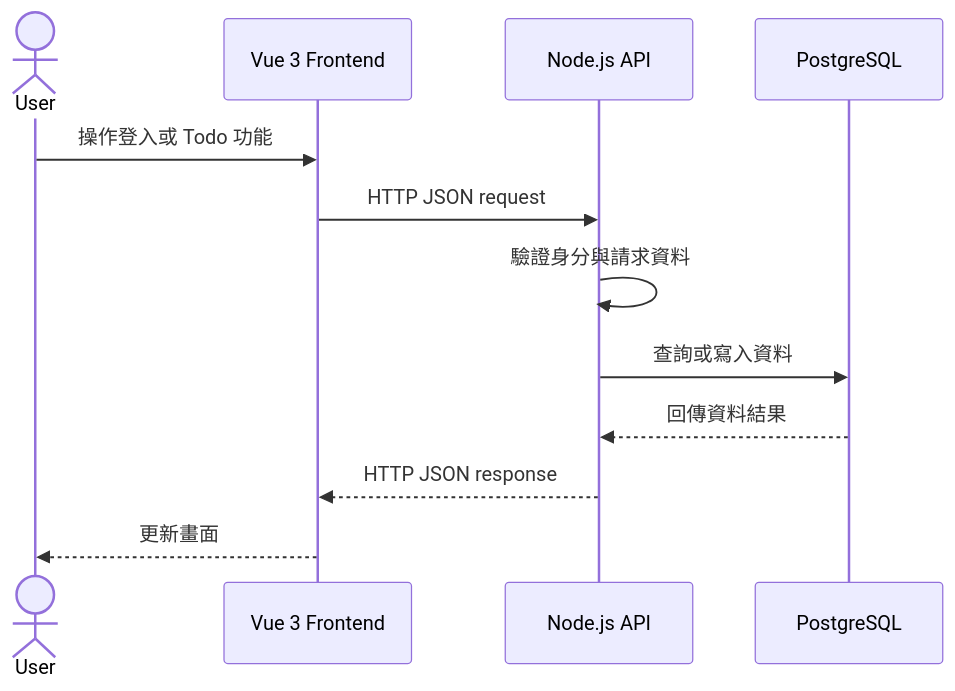
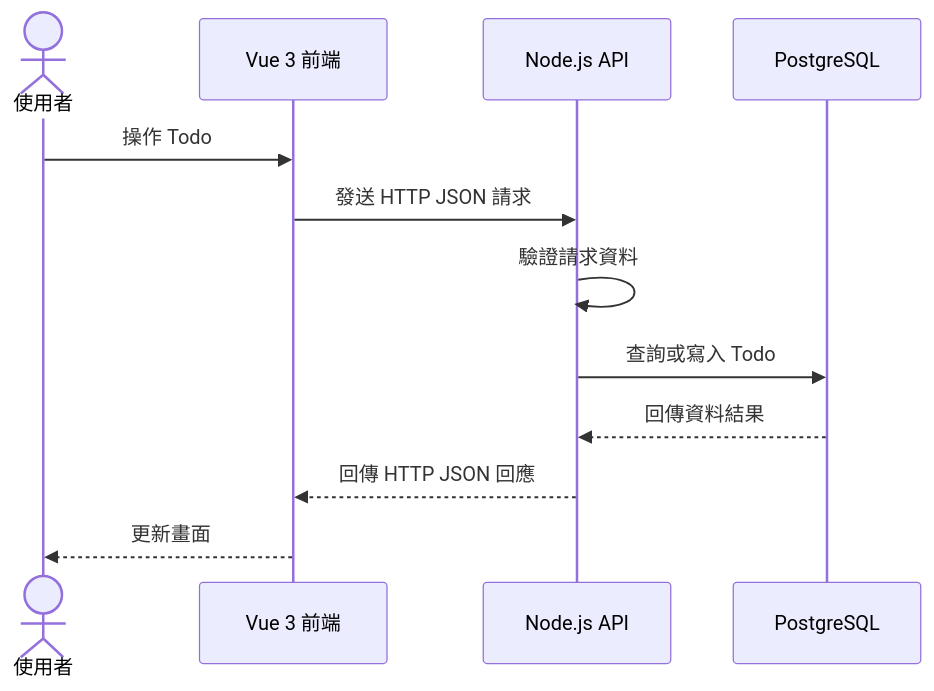
Before and after one commit to annie-clickforce/todo-fullstack: the third of 3 diagrams in docs/architecture.md, drawn with Mermaid. The commit also changed other lines of this file and 1 other file, not shown here.

First line of the commit message:
docs:補上 Todo MVP 系統架構圖

````diff
--- a/docs/architecture.md
+++ b/docs/architecture.md
@@ -35,15 +47,15 @@
 ```mermaid
 sequenceDiagram
-    actor User
-    participant Web as Vue 3 Frontend
+    actor User as 使用者
+    participant Web as Vue 3 前端
     participant API as Node.js API
     participant DB as PostgreSQL
 
-    User->>Web: 操作登入或 Todo 功能
-    Web->>API: HTTP JSON request
-    API->>API: 驗證身分與請求資料
-    API->>DB: 查詢或寫入資料
+    User->>Web: 操作 Todo
+    Web->>API: 發送 HTTP JSON 請求
+    API->>API: 驗證請求資料
+    API->>DB: 查詢或寫入 Todo
     DB-->>API: 回傳資料結果
-    API-->>Web: HTTP JSON response
+    API-->>Web: 回傳 HTTP JSON 回應
     Web-->>User: 更新畫面
 ```
````
